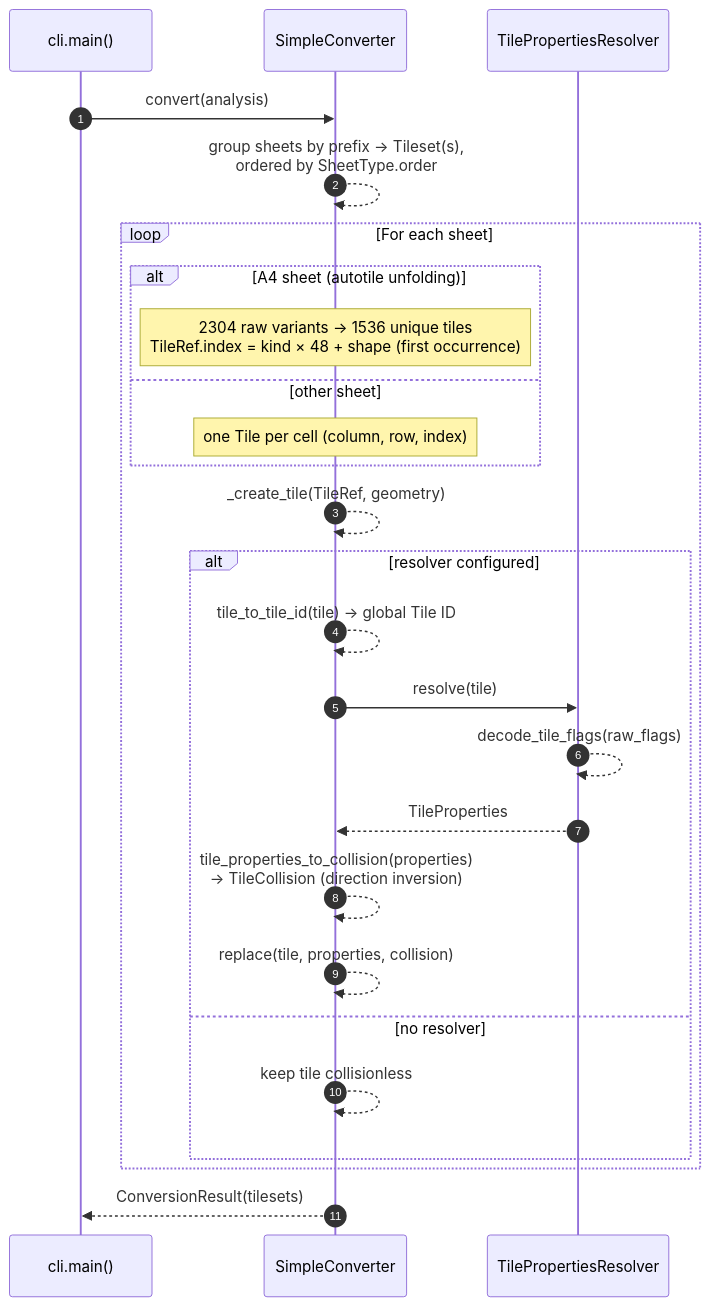
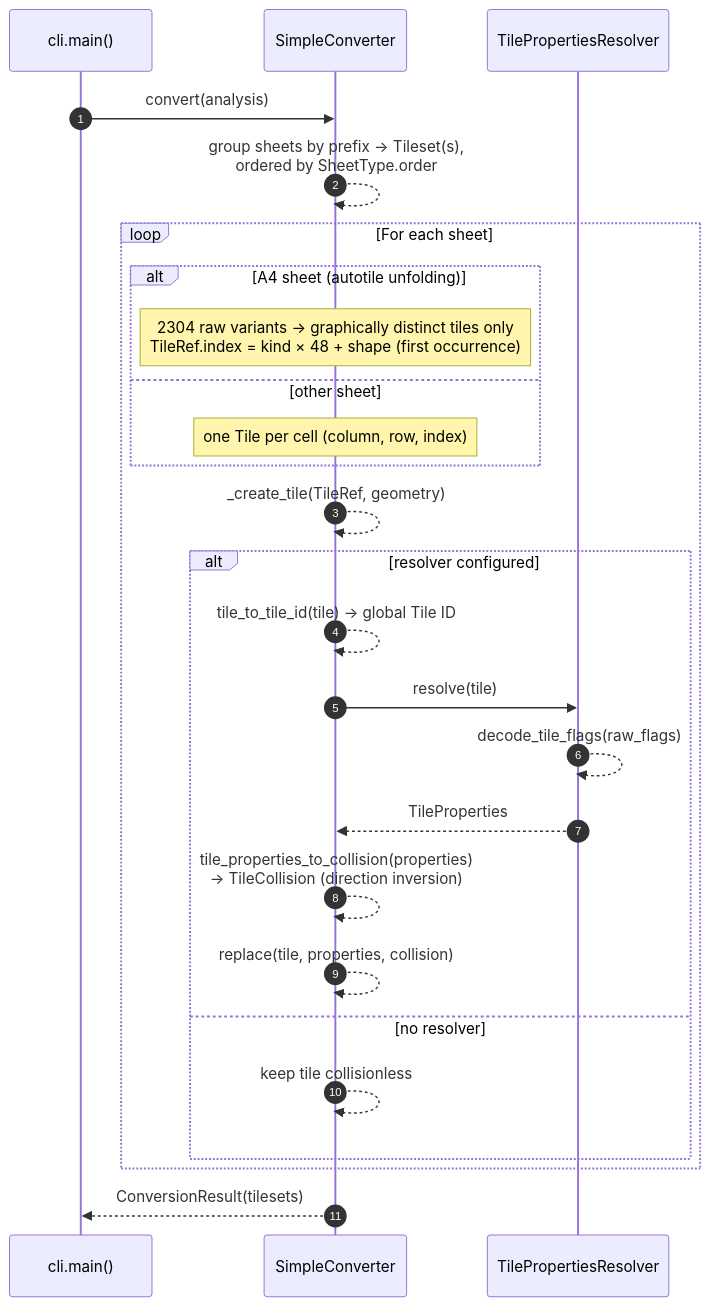
One commit to ultra-sonic-28/rpgmaker2godot changed the third of 4 diagrams in README.md. Above: the diagram before and after it, drawn with Mermaid. The commit also changed other lines of this file and 7 other files, not shown here.

````diff
--- a/README.md
+++ b/README.md
@@ -262,29 +262,29 @@
 ```mermaid
 sequenceDiagram
     autonumber
     participant CLI as cli.main()
     participant C as SimpleConverter
     participant R as TilePropertiesResolver
 
     CLI->>C: convert(analysis)
     C-->>C: group sheets by prefix → Tileset(s),<br/>ordered by SheetType.order
     loop For each sheet
         alt A4 sheet (autotile unfolding)
-            Note over C: 2304 raw variants → 1536 unique tiles<br/>TileRef.index = kind × 48 + shape (first occurrence)
+            Note over C: 2304 raw variants → graphically distinct tiles only<br/>TileRef.index = kind × 48 + shape (first occurrence)
         else other sheet
             Note over C: one Tile per cell (column, row, index)
         end
         C-->>C: _create_tile(TileRef, geometry)
         alt resolver configured
             C-->>C: tile_to_tile_id(tile) → global Tile ID
             C->>R: resolve(tile)
             R-->>R: decode_tile_flags(raw_flags)
             R-->>C: TileProperties
             C-->>C: tile_properties_to_collision(properties)<br/>→ TileCollision (direction inversion)
             C-->>C: replace(tile, properties, collision)
         else no resolver
             C-->>C: keep tile collisionless
         end
     end
     C-->>CLI: ConversionResult(tilesets)
 ```
````
